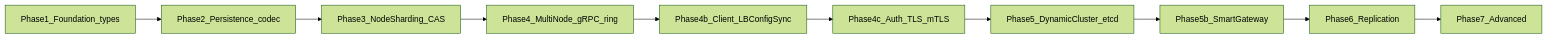
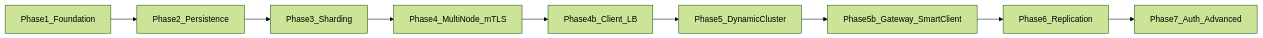
One commit to antgobar/kvstore changed the fourth of 4 diagrams in DESIGN.md. Above: the diagram before and after it, drawn with Mermaid (forest theme). The commit also changed other lines of this file and 1 other file, not shown here.

Commit message:
Refactor design documentation to streamline plugin architecture descriptions, enhance clarity on interface-driven components, and improve the organization of deployment modes. Remove USE_CASES.md as it is no longer needed, consolidating relevant information into DESIGN.md.

````diff
--- a/DESIGN.md
+++ b/DESIGN.md
@@ -1033,12 +748,11 @@
 ```mermaid
 flowchart LR
-  P1[Phase1_Foundation_types] --> P2[Phase2_Persistence_codec]
-  P2 --> P3[Phase3_NodeSharding_CAS]
-  P3 --> P4[Phase4_MultiNode_gRPC_ring]
-  P4 --> P4b[Phase4b_Client_LBConfigSync]
-  P4b --> P4c[Phase4c_Auth_TLS_mTLS]
-  P4c --> P5[Phase5_DynamicCluster_etcd]
-  P5 --> P5b[Phase5b_SmartGateway]
+  P1[Phase1_Foundation] --> P2[Phase2_Persistence]
+  P2 --> P3[Phase3_Sharding]
+  P3 --> P4[Phase4_MultiNode_mTLS]
+  P4 --> P4b[Phase4b_Client_LB]
+  P4b --> P5[Phase5_DynamicCluster]
+  P5 --> P5b[Phase5b_Gateway_SmartClient]
   P5b --> P6[Phase6_Replication]
-  P6 --> P7[Phase7_Advanced]
+  P6 --> P7[Phase7_Auth_Advanced]
 ```
````
